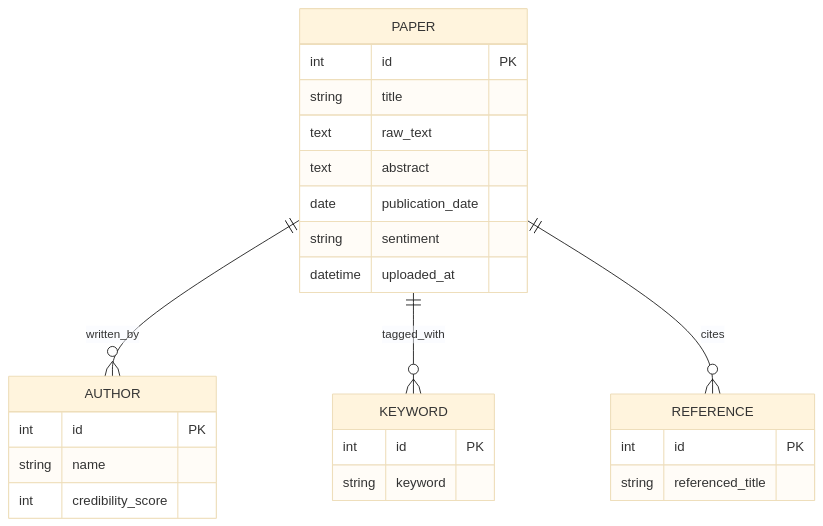
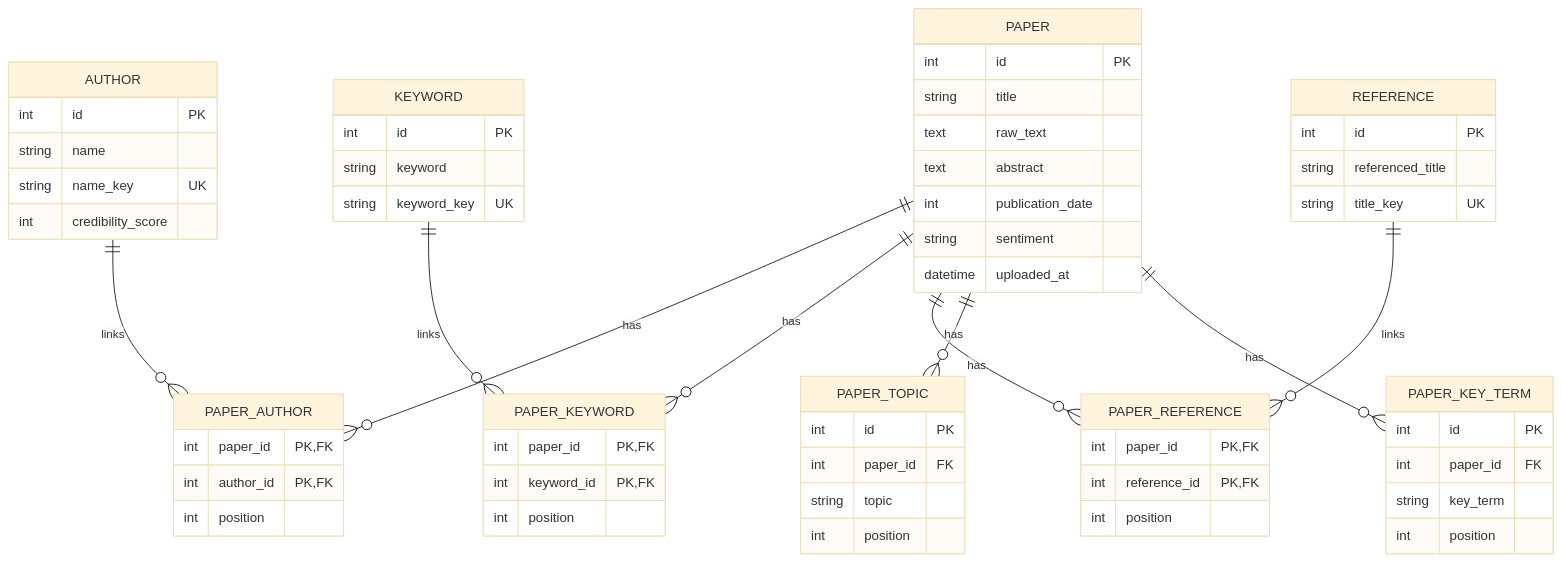
Before and after one commit to happikin/psd-plan: the second of 4 diagrams in Documentation/Design.md, drawn with Mermaid (base theme). The commit also changed other lines of this file and 12 other files, not shown here.

````diff
--- a/Documentation/Design.md
+++ b/Documentation/Design.md
@@ -36,32 +47,75 @@
 ```mermaid
 erDiagram
     PAPER {
         int id PK
         string title
         text raw_text
         text abstract
-        date publication_date
+        int publication_date
         string sentiment
         datetime uploaded_at
     }
 
     AUTHOR {
         int id PK
         string name
+        string name_key UK
         int credibility_score
     }
 
     KEYWORD {
         int id PK
         string keyword
+        string keyword_key UK
     }
 
     REFERENCE {
         int id PK
         string referenced_title
+        string title_key UK
     }
 
-    PAPER ||--o{ AUTHOR : written_by
-    PAPER ||--o{ KEYWORD : tagged_with
-    PAPER ||--o{ REFERENCE : cites
+    PAPER_AUTHOR {
+        int paper_id PK, FK
+        int author_id PK, FK
+        int position
+    }
+
+    PAPER_KEYWORD {
+        int paper_id PK, FK
+        int keyword_id PK, FK
+        int position
+    }
+
+    PAPER_REFERENCE {
+        int paper_id PK, FK
+        int reference_id PK, FK
+        int position
+    }
+
+    PAPER_TOPIC {
+        int id PK
+        int paper_id FK
+        string topic
+        int position
+    }
+
+    PAPER_KEY_TERM {
+        int id PK
+        int paper_id FK
+        string key_term
+        int position
+    }
+
+    PAPER ||--o{ PAPER_AUTHOR : has
+    AUTHOR ||--o{ PAPER_AUTHOR : links
+
+    PAPER ||--o{ PAPER_KEYWORD : has
+    KEYWORD ||--o{ PAPER_KEYWORD : links
+
+    PAPER ||--o{ PAPER_REFERENCE : has
+    REFERENCE ||--o{ PAPER_REFERENCE : links
+
+    PAPER ||--o{ PAPER_TOPIC : has
+    PAPER ||--o{ PAPER_KEY_TERM : has
 ```
````
